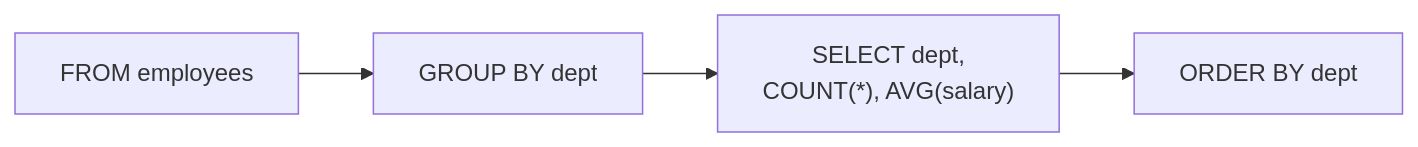
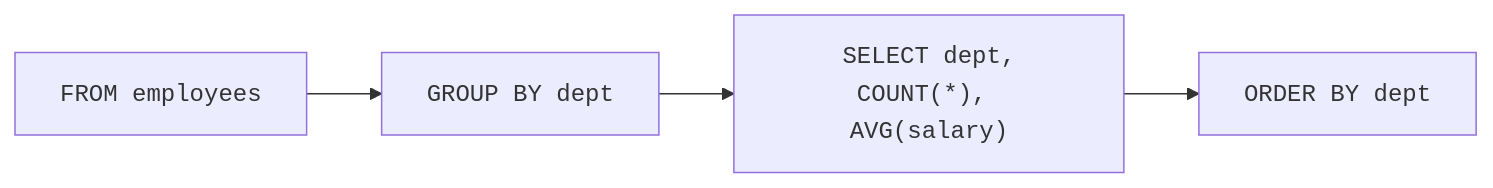
Before and after one commit to dataslope/dataslope: the second of 5 diagrams in content/learn/sqlite-for-beginners/grouping-data.mdx, drawn with Mermaid. The commit also changed other lines of this file and 56 other files, not shown here.

````diff
--- a/content/learn/sqlite-for-beginners/grouping-data.mdx
+++ b/content/learn/sqlite-for-beginners/grouping-data.mdx
@@ -69,6 +69,6 @@
 ```mermaid
 flowchart LR
-    F["FROM employees"] --> G["GROUP BY dept"]
-    G --> S["SELECT dept,<br/>COUNT(*), AVG(salary)"]
-    S --> O["ORDER BY dept"]
+    F["<code>FROM employees</code>"] --> G["<code>GROUP BY dept</code>"]
+    G --> S["<code>SELECT dept,<br/>COUNT(*), AVG(salary)</code>"]
+    S --> O["<code>ORDER BY dept</code>"]
 ```
````
